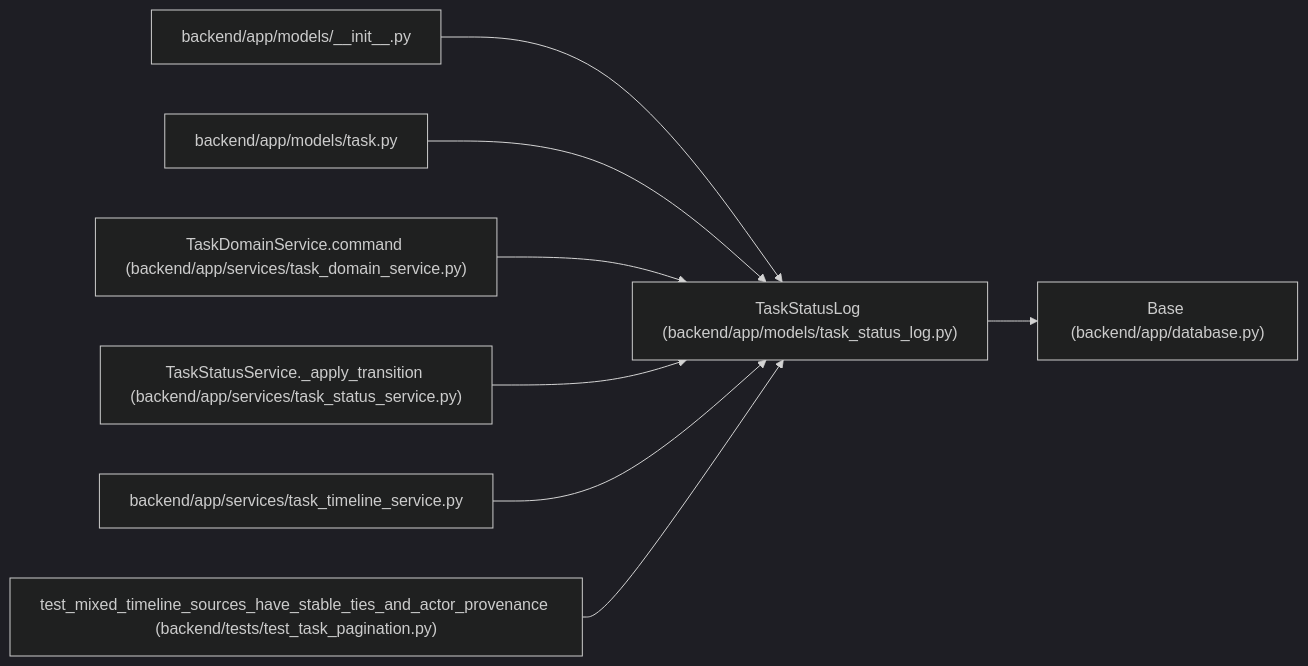
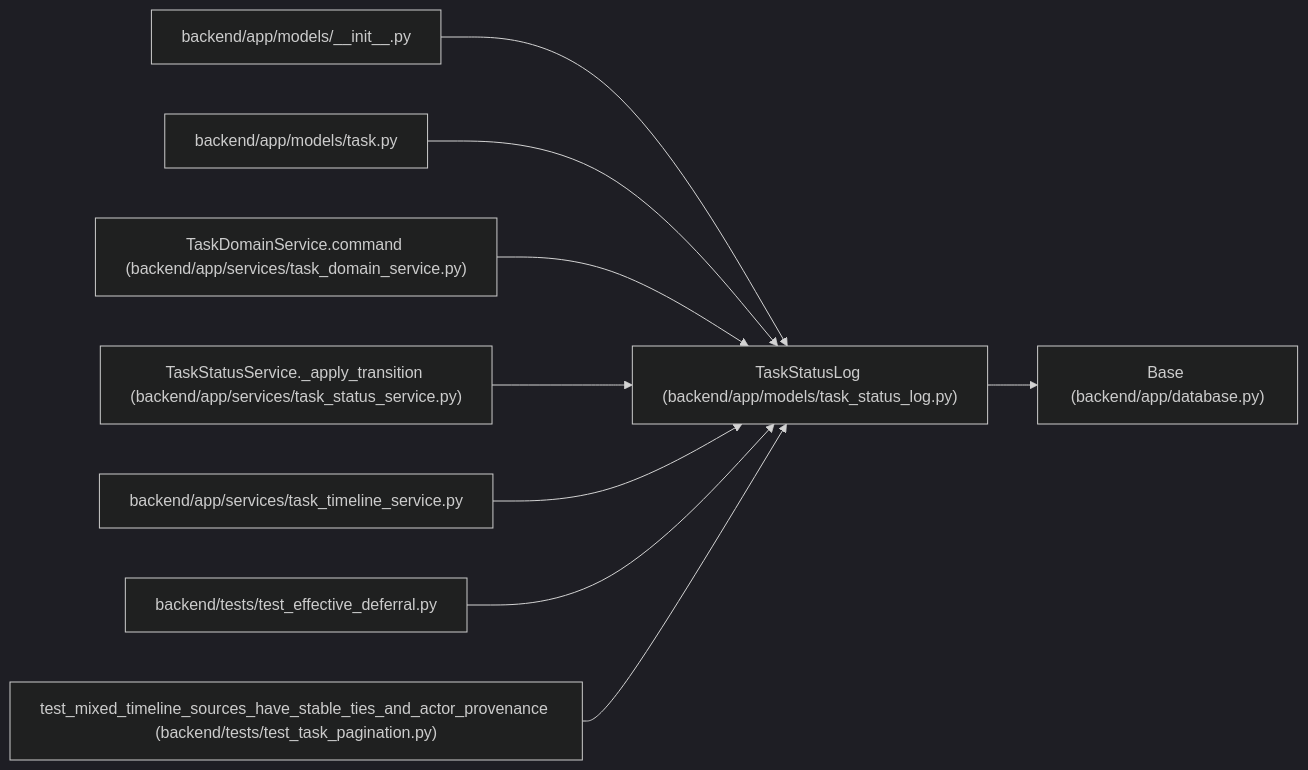
The diagram in docs/llm_wiki/entities/task_status_log_TaskStatusLog.md (Denissvgn/WorkChord), drawn with Mermaid (dark theme) before and after one commit. The commit also changed other lines of this file and 10148 other files, not shown here.

````diff
--- a/docs/llm_wiki/entities/task_status_log_TaskStatusLog.md
+++ b/docs/llm_wiki/entities/task_status_log_TaskStatusLog.md
@@ -35,26 +35,29 @@
 ```mermaid
 flowchart LR
     n0["TaskStatusLog (backend/app/models/task_status_log.py)"]
     n1["Base (backend/app/database.py)"]
     n2["backend/app/models/__init__.py"]
     n3["backend/app/models/task.py"]
     n4["TaskDomainService.command (backend/app/services/task_domain_service.py)"]
     n5["TaskStatusService._apply_transition (backend/app/services/task_status_service.py)"]
     n6["backend/app/services/task_timeline_service.py"]
-    n7["test_mixed_timeline_sources_have_stable_ties_and_actor_provenance (backend/tests/test_task_pagination.py)"]
+    n7["backend/tests/test_effective_deferral.py"]
+    n8["test_mixed_timeline_sources_have_stable_ties_and_actor_provenance (backend/tests/test_task_pagination.py)"]
     n0 --> n1
     n2 --> n0
     n3 --> n0
     n4 --> n0
     n5 --> n0
     n6 --> n0
     n7 --> n0
+    n8 --> n0
     click n0 "../modules/task_status_log.md"
     click n1 "../modules/app_database.md"
     click n2 "../modules/models___init__.md"
     click n3 "../modules/models_task.md"
     click n4 "../modules/task_domain_service.md"
     click n5 "../modules/task_status_service.md"
     click n6 "../modules/task_timeline_service.md"
-    click n7 "../modules/test_task_pagination.md"
+    click n7 "../modules/test_effective_deferral.md"
+    click n8 "../modules/test_task_pagination.md"
 ```
````
